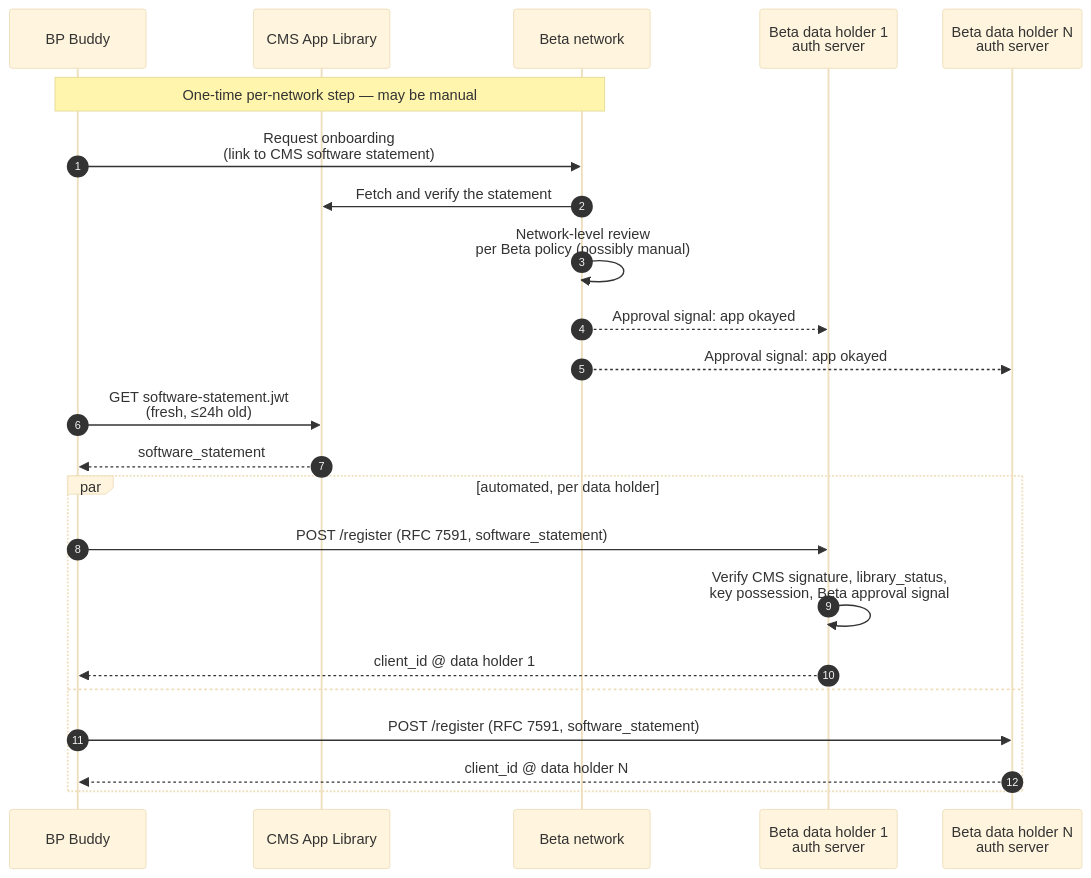
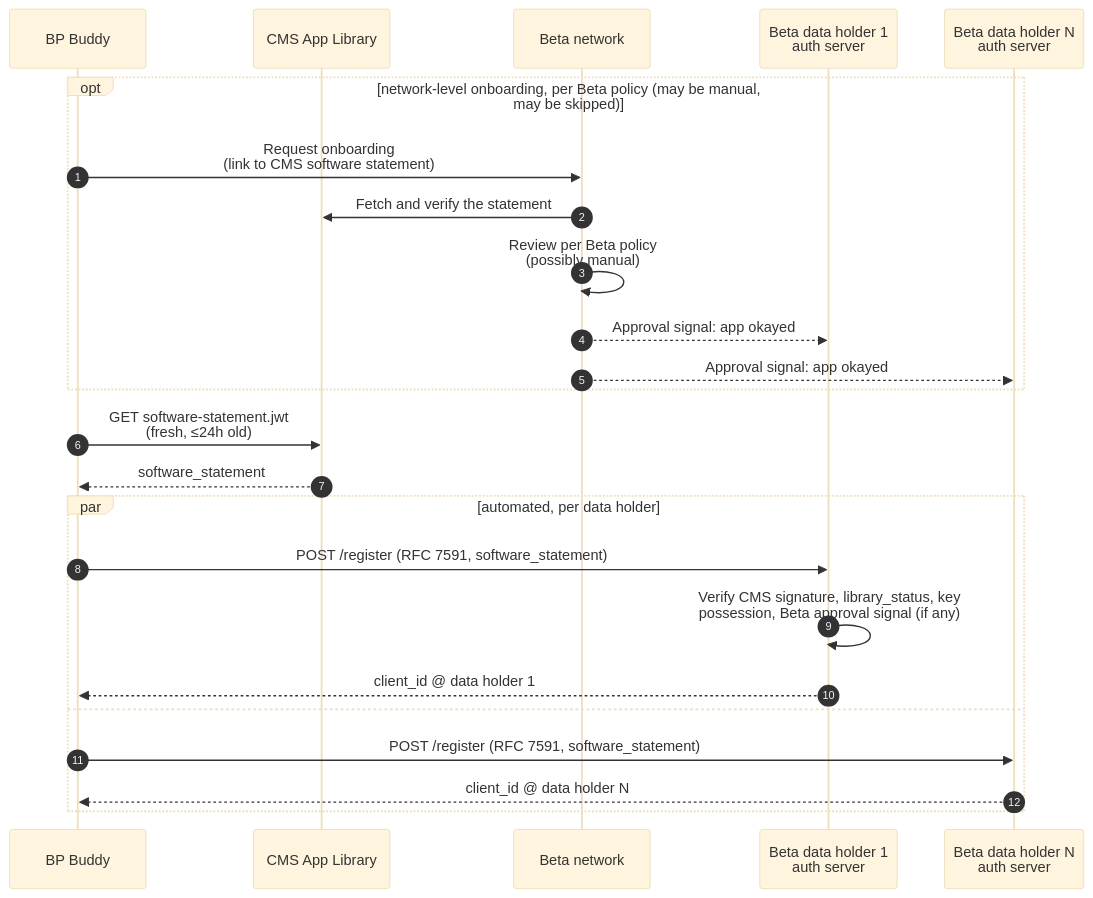
One commit to jmandel/cms-ns changed the fourth of 10 diagrams in app-connectivity-flows.md. Above: the diagram before and after it, drawn with Mermaid (base theme). The commit also changed other lines of this file and 1 other file, not shown here.

First line of the commit message:
Beta network review is an opt block; remove writing tics

````diff
--- a/app-connectivity-flows.md
+++ b/app-connectivity-flows.md
@@ -110,26 +110,27 @@
 ```mermaid
 sequenceDiagram
     autonumber
     participant App as BP Buddy
     participant CMS as CMS App Library
     participant Beta as Beta network
     participant DH1 as Beta data holder 1<br/>auth server
     participant DHn as Beta data holder N<br/>auth server
 
-    Note over App,Beta: One-time per-network step — may be manual
-    App->>Beta: Request onboarding<br/>(link to CMS software statement)
-    Beta->>CMS: Fetch and verify the statement
-    Beta->>Beta: Network-level review<br/>per Beta policy (possibly manual)
-    Beta-->>DH1: Approval signal: app okayed
-    Beta-->>DHn: Approval signal: app okayed
+    opt network-level onboarding, per Beta policy (may be manual, may be skipped)
+        App->>Beta: Request onboarding<br/>(link to CMS software statement)
+        Beta->>CMS: Fetch and verify the statement
+        Beta->>Beta: Review per Beta policy<br/>(possibly manual)
+        Beta-->>DH1: Approval signal: app okayed
+        Beta-->>DHn: Approval signal: app okayed
+    end
     App->>CMS: GET software-statement.jwt<br/>(fresh, ≤24h old)
     CMS-->>App: software_statement
     par automated, per data holder
         App->>DH1: POST /register (RFC 7591, software_statement)
-        DH1->>DH1: Verify CMS signature, library_status,<br/>key possession, Beta approval signal
+        DH1->>DH1: Verify CMS signature, library_status, key<br/>possession, Beta approval signal (if any)
         DH1-->>App: client_id @ data holder 1
     and
         App->>DHn: POST /register (RFC 7591, software_statement)
         DHn-->>App: client_id @ data holder N
     end
 ```
````
